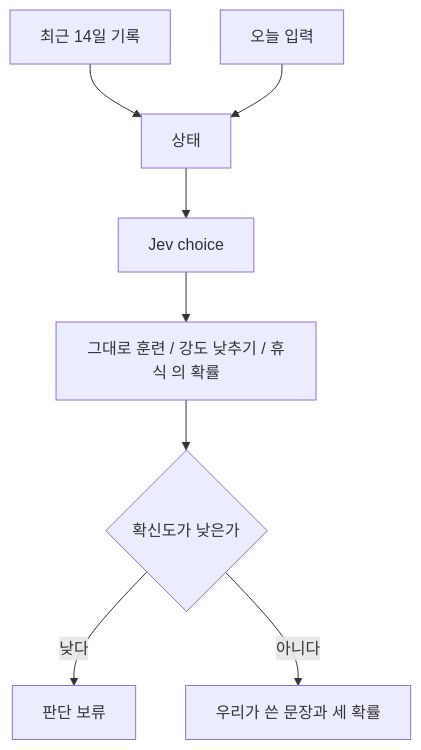
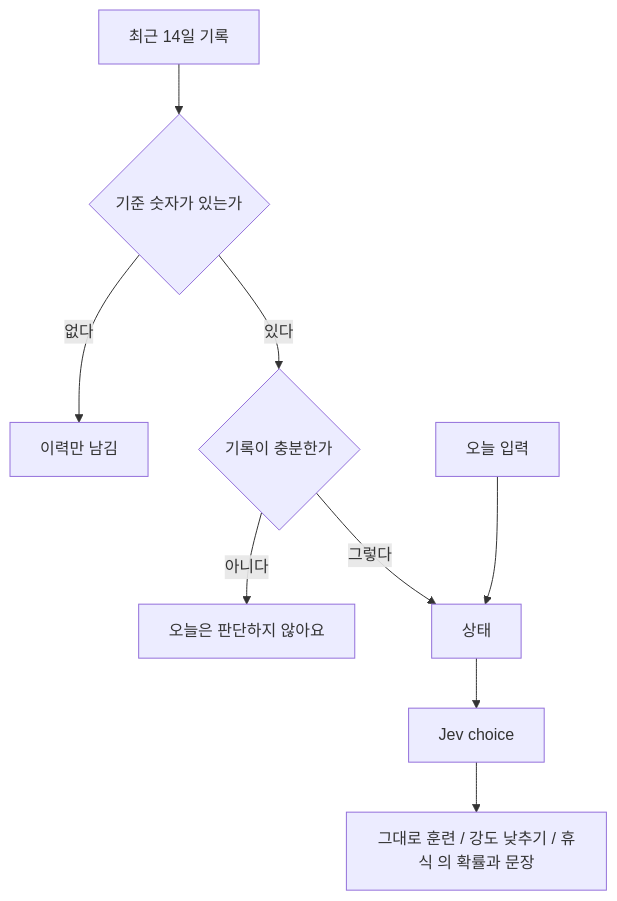
The diagram in docs/v4/features/condition.md (BeomhyunPark/hoohaa), drawn with Mermaid before and after one commit. The commit also changed other lines of this file and 6 other files, not shown here.

````diff
--- a/docs/v4/features/condition.md
+++ b/docs/v4/features/condition.md
@@ -19,10 +23,11 @@
 ```mermaid
 flowchart TD
-  rec["최근 14일 기록"] --> state["상태"]
+  rec["최근 14일 기록"] --> ready{"기준 숫자가 있는가"}
+  ready -->|없다| hist["이력만 남김"]
+  ready -->|있다| enough{"기록이 충분한가"}
+  enough -->|아니다| hold["오늘은 판단하지 않아요"]
+  enough -->|그렇다| state["상태"]
   today["오늘 입력"] --> state
   state --> jev["Jev choice"]
-  jev --> p["그대로 훈련 / 강도 낮추기 / 휴식 의 확률"]
-  p --> gate{"확신도가 낮은가"}
-  gate -->|낮다| hold["판단 보류"]
-  gate -->|아니다| show["우리가 쓴 문장과 세 확률"]
+  jev --> show["그대로 훈련 / 강도 낮추기 / 휴식 의 확률과 문장"]
 ```
````
